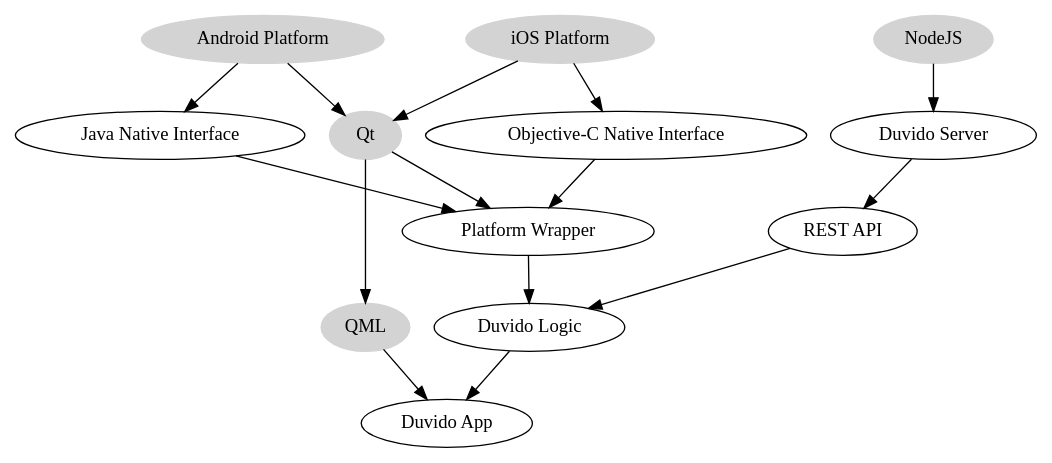
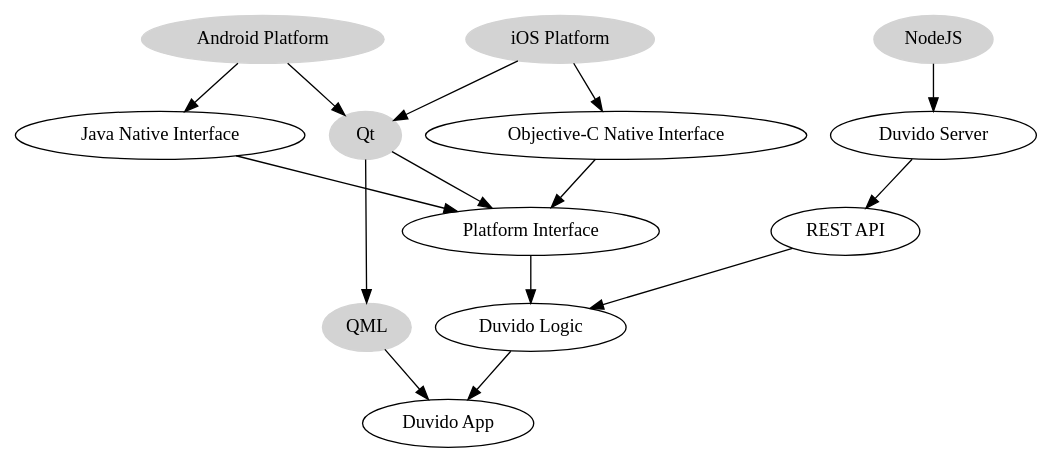
The diagram in design.dot (lbguilherme/duvidovc-app), drawn with Graphviz before and after one commit. The commit also changed 2 other files, not shown here.

Commit message:
Updated dev graph

```diff
--- a/design.dot
+++ b/design.dot
@@ -1,26 +1,26 @@
 digraph Design {
     android [label="Android Platform", style="filled", color="lightgray"]
     ios [label="iOS Platform", style="filled", color="lightgray"]
     qt [label="Qt", style="filled", color="lightgray"]
     qml [label="QML", style="filled", color="lightgray"]
     app [label="Duvido App"]
 
     android -> qt
     ios -> qt -> qml -> app
 
     java2cpp [label="Java Native Interface"]
     objc2cpp [label="Objective-C Native Interface"]
     android -> java2cpp
     ios -> objc2cpp
 
     logic [label="Duvido Logic"]
-    wrapper [label="Platform Wrapper"]
+    wrapper [label="Platform Interface"]
     java2cpp -> wrapper
     objc2cpp -> wrapper -> logic -> app
     qt -> wrapper
 
     api [label="REST API"]
     server [label="Duvido Server"]
     nodejs [label="NodeJS", style="filled", color="lightgray"]
     nodejs -> server -> api -> logic
 }
```
